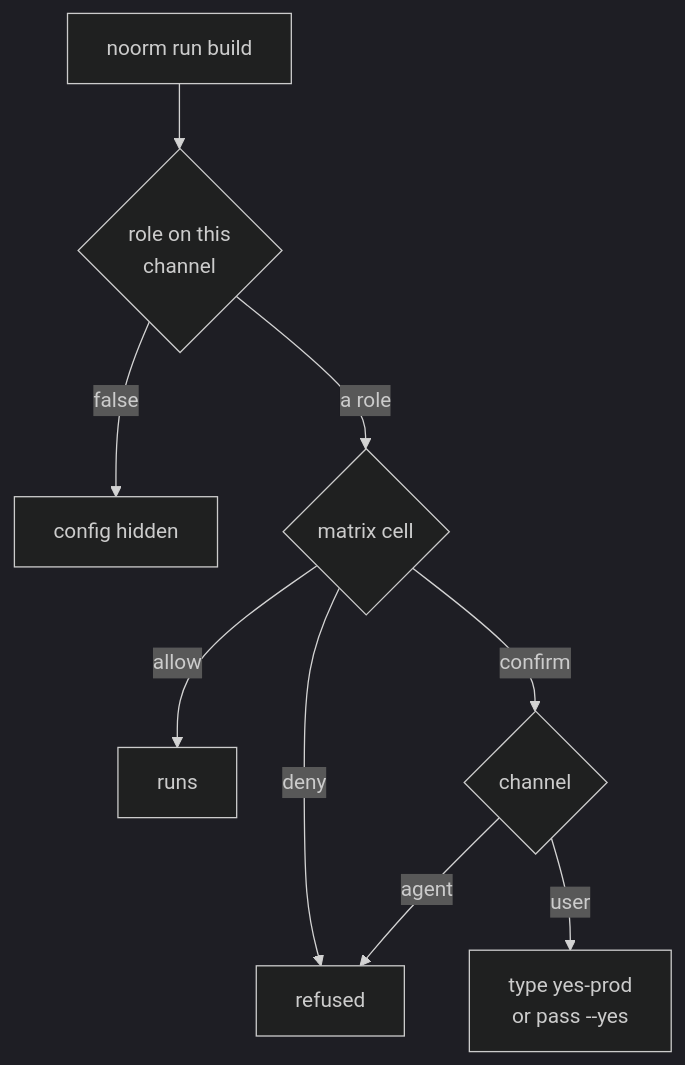
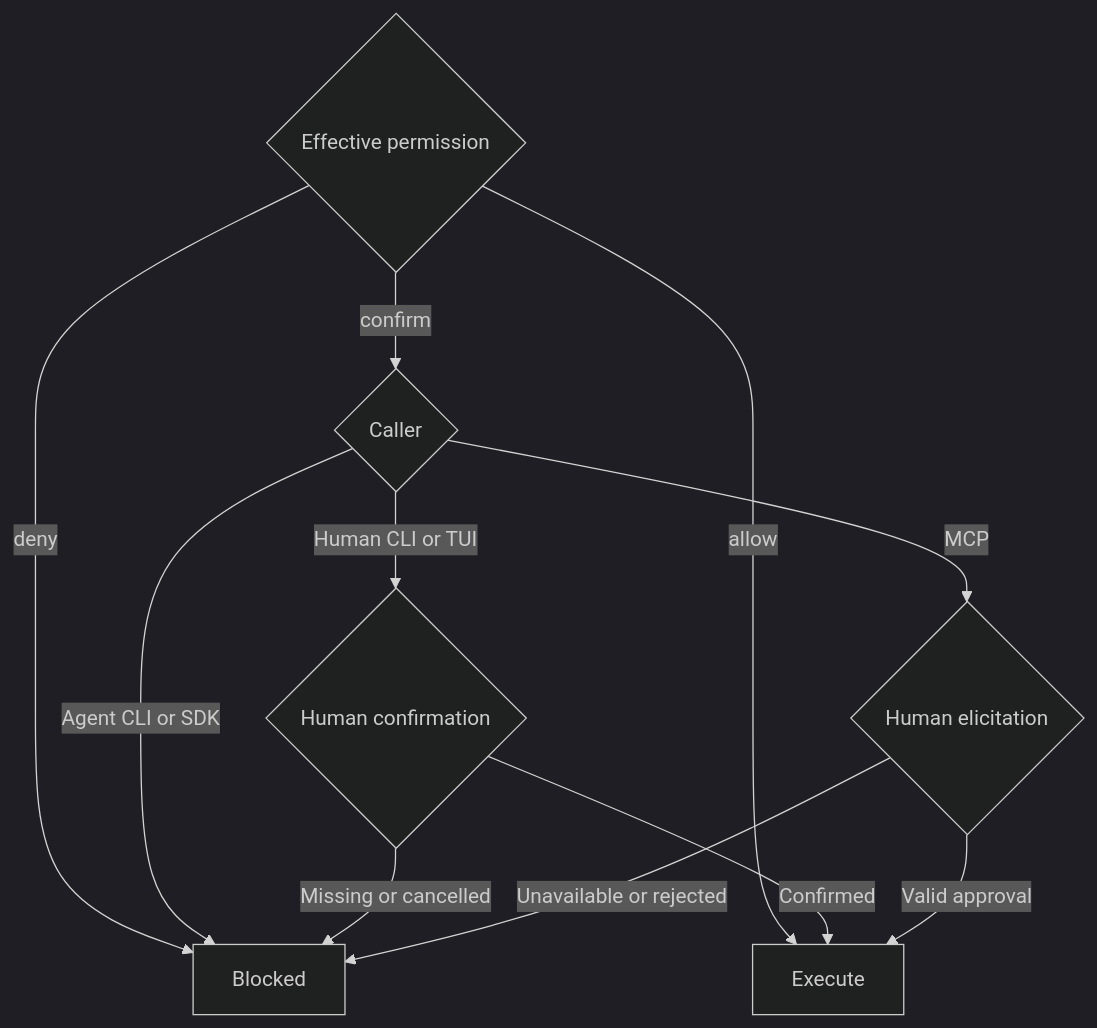
One commit to noormdev/noorm changed the first of 2 diagrams in docs/guide/environments/configs.md. Above: the diagram before and after it, drawn with Mermaid (dark theme). The commit also changed other lines of this file and 557 other files, not shown here.

````diff
--- a/docs/guide/environments/configs.md
+++ b/docs/guide/environments/configs.md
@@ -133,11 +189,16 @@
 ```mermaid
 flowchart TD
-    A["noorm run build"] --> B{"role on this<br/>channel"}
-    B -->|false| H["config hidden"]
-    B -->|a role| C{"matrix cell"}
-    C -->|allow| R["runs"]
-    C -->|deny| D["refused"]
-    C -->|confirm| E{"channel"}
-    E -->|user| F["type yes-prod<br/>or pass --yes"]
-    E -->|agent| D
+    accTitle: Permission and confirmation decisions
+    accDescr: Deny blocks execution. Allow executes. Confirm requires a human mechanism, and agent CLI calls cannot supply it.
+    %% source: src/core/policy/check.ts, src/mcp/approval.ts
+    P{"Effective permission"} -->|deny| D["Blocked"]
+    P -->|allow| E["Execute"]
+    P -->|confirm| C{"Caller"}
+    C -->|Human CLI or TUI| H{"Human confirmation"}
+    C -->|Agent CLI or SDK| D
+    C -->|MCP| M{"Human elicitation"}
+    H -->|Confirmed| E
+    H -->|Missing or cancelled| D
+    M -->|Valid approval| E
+    M -->|Unavailable or rejected| D
 ```
````
